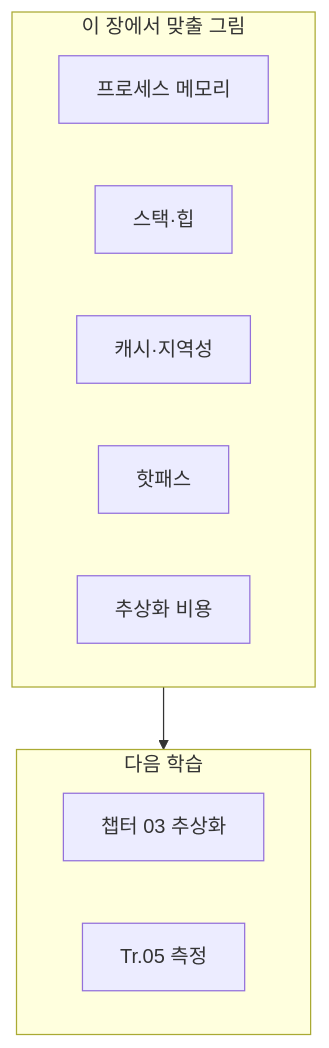
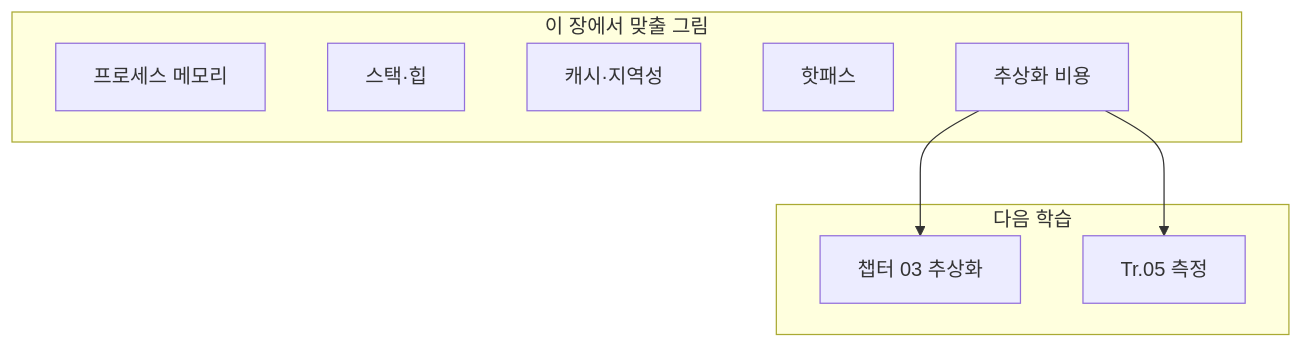
Before and after one commit to 42jerrykim/42jerrykim.github.io: the diagram in content/collection/optimization-01-cpp-language/01-cpp-execution-model-fundamentals/index.md, drawn with Mermaid. The commit also changed 3 other files, not shown here.

First line of the commit message:
fix(cpp-optimization): fix mermaid syntax errors in optimization-01-cpp-language

````diff
--- a/content/collection/optimization-01-cpp-language/01-cpp-execution-model-fundamentals/index.md
+++ b/content/collection/optimization-01-cpp-language/01-cpp-execution-model-fundamentals/index.md
@@ -123,15 +123,16 @@
 ```mermaid
 flowchart TB
   subgraph vocab [이 장에서 맞출 그림]
     A["프로세스 메모리"]
     B["스택·힙"]
     C["캐시·지역성"]
     D["핫패스"]
     E["추상화 비용"]
   end
   subgraph next [다음 학습]
     F["챕터 03 추상화"]
     G["Tr.05 측정"]
   end
-  vocab --> next
+  E --> F
+  E --> G
 ```
````
